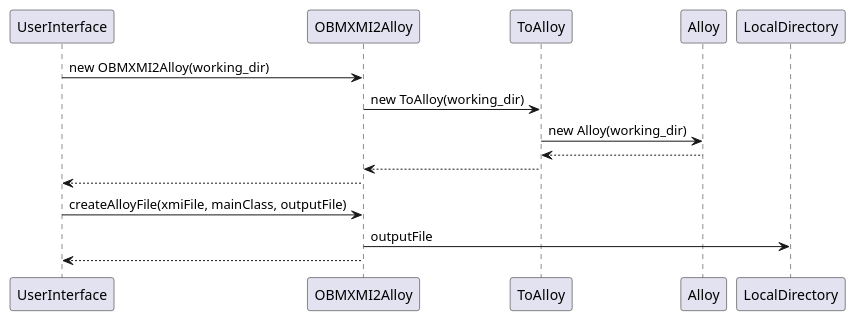
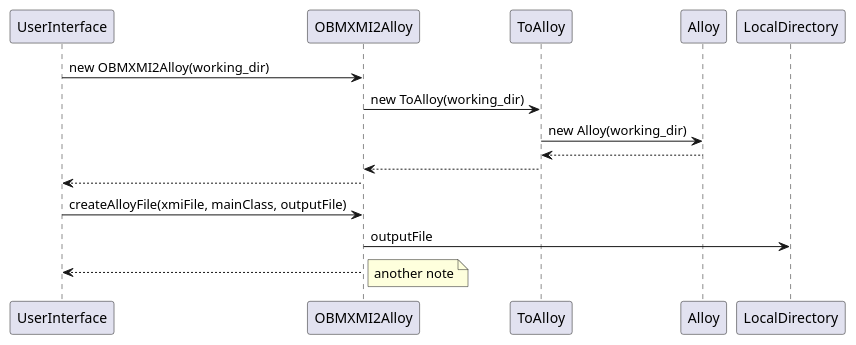
One commit to ontological-behavior-modeling/tester changed the diagram in puml/seq.puml. Above: the diagram before and after it, drawn with PlantUML.

```diff
--- a/puml/seq.puml
+++ b/puml/seq.puml
@@ -1,13 +1,14 @@
 @startuml
 participant UserInterface [[https://ontological-behavior-modeling.github.io/tester/edu/gatech/gtri/obm/translator/alloy/userinterface/UserInterface.html]]
 UserInterface -> OBMXMI2Alloy: new OBMXMI2Alloy(working_dir)
 OBMXMI2Alloy -> ToAlloy: new ToAlloy(working_dir)
 ToAlloy -> Alloy: new Alloy(working_dir)
 Alloy --> ToAlloy
 ToAlloy --> OBMXMI2Alloy
 OBMXMI2Alloy --> UserInterface
 
 UserInterface -> OBMXMI2Alloy: createAlloyFile(xmiFile, mainClass, outputFile)
 OBMXMI2Alloy -> LocalDirectory: outputFile
 OBMXMI2Alloy --> UserInterface
+note right [[http://plantuml.com/start]] : another note
 @enduml
```
